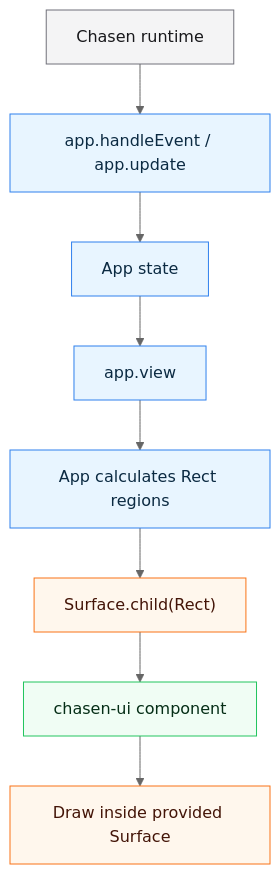
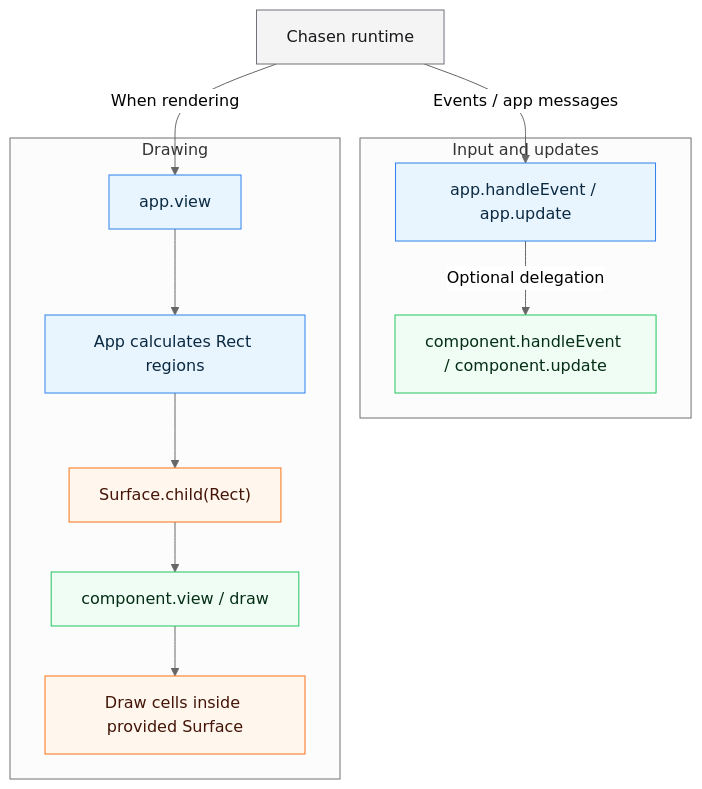
The diagram in README.md (hiroaqii/chasen-ui), drawn with Mermaid (neutral theme) before and after one commit. The commit also changed other lines of this file and 4 other files, not shown here.

````diff
--- a/README.md
+++ b/README.md
@@ -47,29 +51,35 @@
 ```mermaid
 flowchart TD
     Runtime["Chasen runtime"]
-    EventUpdate["app.handleEvent / app.update"]
-    AppState["App state"]
-    AppView["app.view"]
-    Layout["App calculates Rect regions"]
-    ChildSurface["Surface.child(Rect)"]
-    Component["chasen-ui component"]
-    Draw["Draw inside provided Surface"]
 
-    Runtime --> EventUpdate
-    EventUpdate --> AppState
-    AppState --> AppView
-    AppView --> Layout
-    Layout --> ChildSurface
-    ChildSurface --> Component
-    Component --> Draw
+    subgraph Input["Input and updates"]
+        AppInput["app.handleEvent / app.update"]
+        ComponentInput["component.handleEvent / component.update"]
+        AppInput -->|"Optional delegation"| ComponentInput
+    end
+
+    subgraph Drawing["Drawing"]
+        AppView["app.view"]
+        Layout["App calculates Rect regions"]
+        ChildSurface["Surface.child(Rect)"]
+        ComponentView["component.view / draw"]
+        Draw["Draw cells inside provided Surface"]
+        AppView --> Layout
+        Layout --> ChildSurface
+        ChildSurface --> ComponentView
+        ComponentView --> Draw
+    end
+
+    Runtime -->|"Events / app messages"| AppInput
+    Runtime -->|"When rendering"| AppView
 
     classDef runtime fill:#f4f4f5,stroke:#71717a,color:#18181b;
     classDef app fill:#e8f5ff,stroke:#2f80ed,color:#0b2a42;
     classDef core fill:#fff7ed,stroke:#f97316,color:#431407;
     classDef ui fill:#f0fdf4,stroke:#22c55e,color:#052e16;
 
     class Runtime runtime;
-    class EventUpdate,AppState,AppView,Layout app;
+    class AppInput,AppView,Layout app;
     class ChildSurface,Draw core;
-    class Component ui;
+    class ComponentInput,ComponentView ui;
 ```
````
